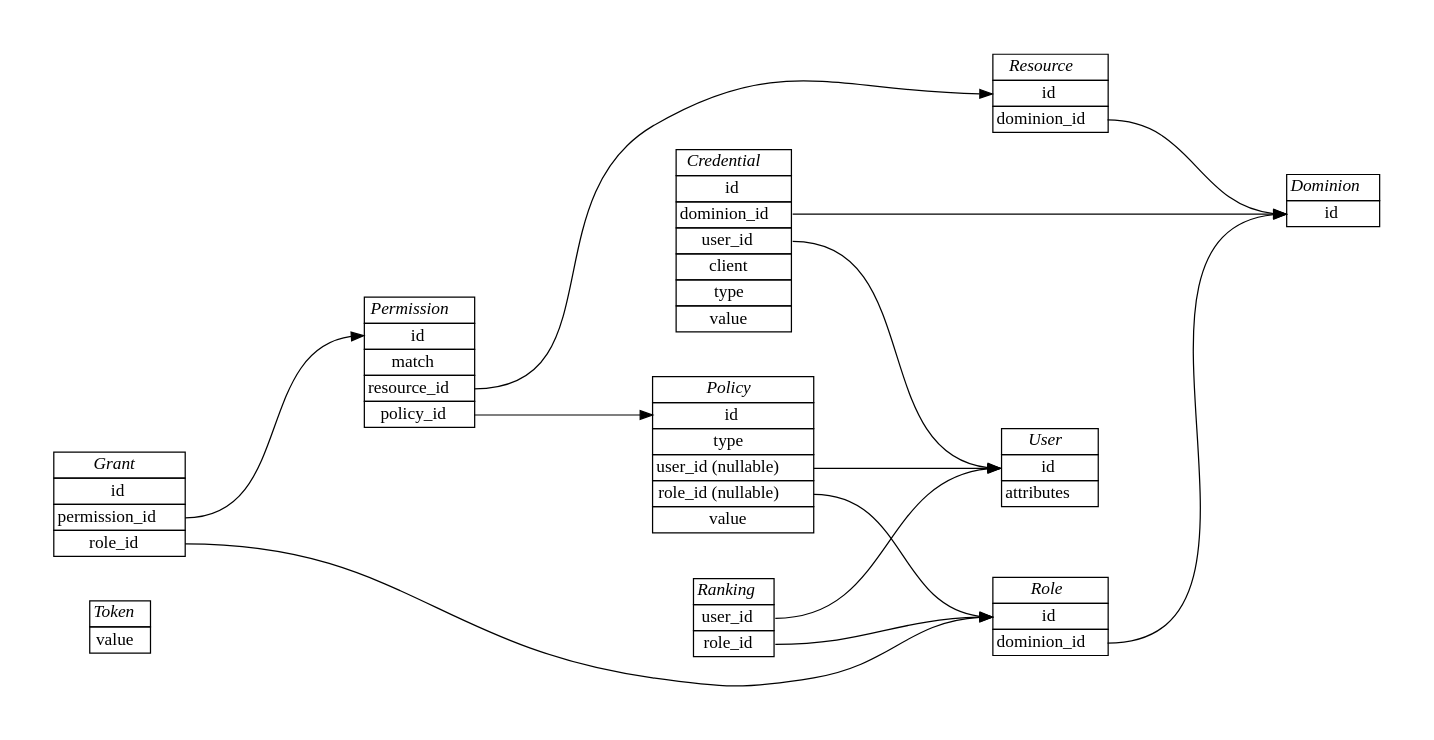
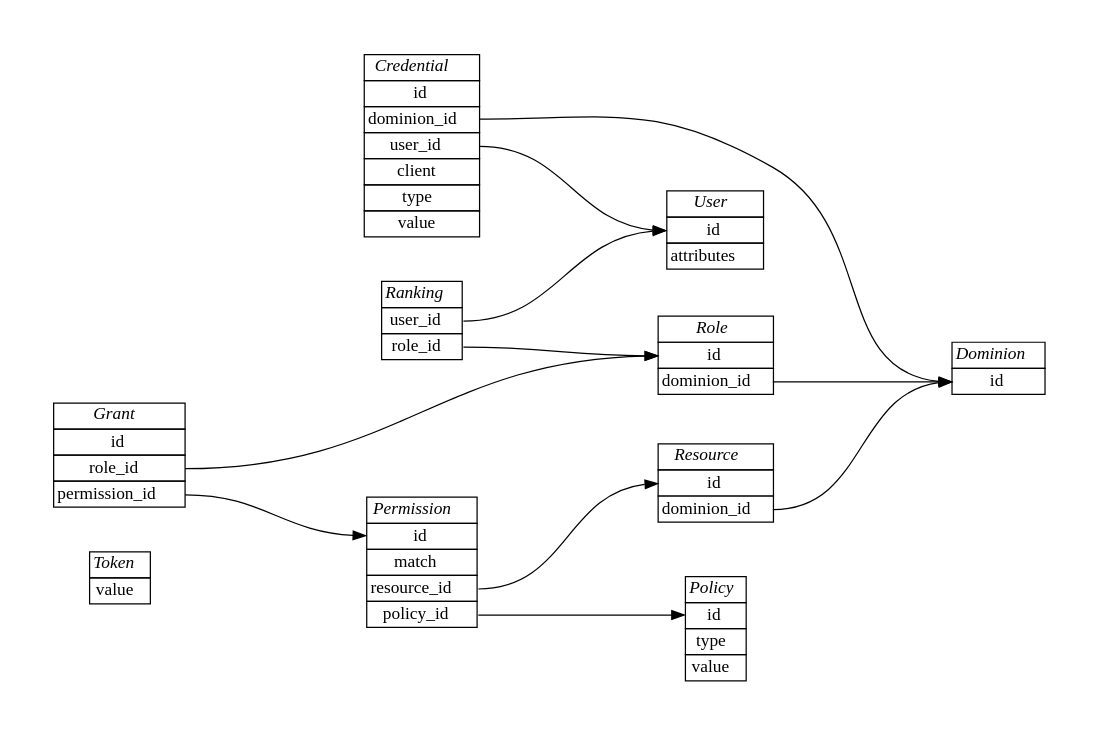
The diagram in docs/architecture/domain.rst (knowark/authark), drawn with Graphviz before and after one commit.

Commit message:
Update docs domain model

```diff
--- a/docs/architecture/domain.rst
+++ b/docs/architecture/domain.rst
@@ -69,8 +69,6 @@
     <tr><td><i>Policy</i></td></tr>
     <tr><td port="id">id</td></tr>
     <tr><td port="type">type</td></tr> 
-    <tr><td port="user_id">user_id (nullable)</td></tr>  
-    <tr><td port="role_id">role_id (nullable)</td></tr>
     <tr><td port="value">value</td></tr>
     </table>>];
 
@@ -87,8 +85,8 @@
     <table border="0" cellborder="1" cellspacing="0">
     <tr><td><i>Grant</i></td></tr>
     <tr><td port="id">id</td></tr>
+    <tr><td port="role_id">role_id</td></tr> 
     <tr><td port="permission_id">permission_id</td></tr>
-    <tr><td port="role_id">role_id</td></tr> 
     </table>>];
 
     Ranking:user_id -> User:id;
@@ -101,6 +99,4 @@
     Permission:policy_id -> Policy:id;
     Grant:role_id -> Role:id;
     Grant:permission_id -> Permission:id;
-    Policy:user_id -> User:id;
-    Policy:role_id -> Role:id;
     }
```
